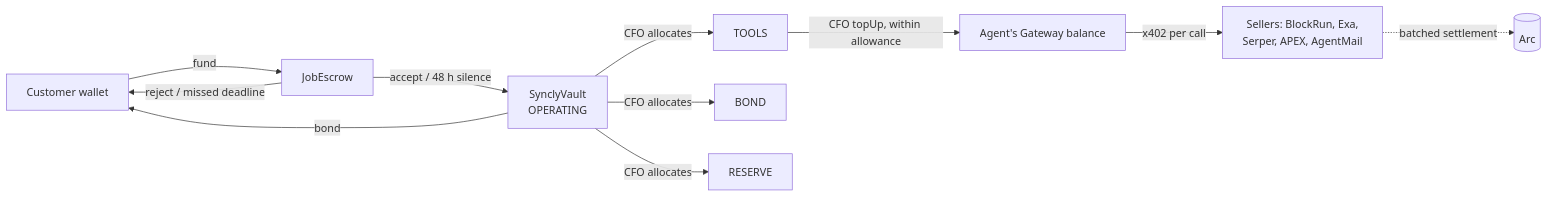
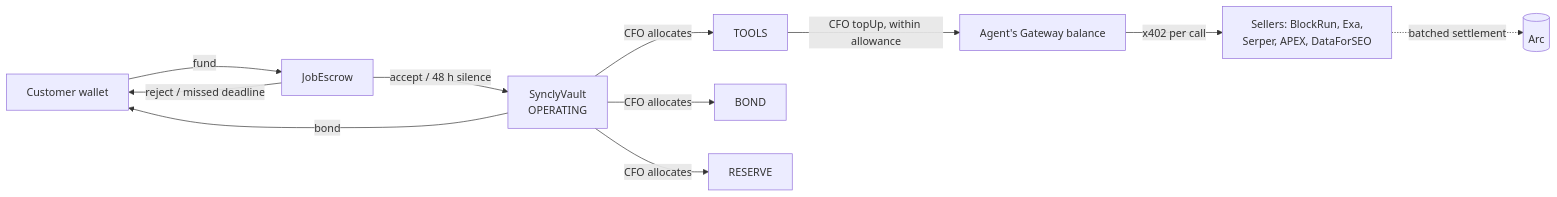
The diagram in README.md (neromtoobad/outlay), drawn with Mermaid before and after one commit. The commit also changed other lines of this file and 7 other files, not shown here.

````diff
--- a/README.md
+++ b/README.md
@@ -72,13 +32,13 @@
 ```mermaid
 flowchart LR
   C[Customer wallet] -- fund --> E[JobEscrow]
   E -- accept / 48 h silence --> V[SynclyVault<br/>OPERATING]
   E -- reject / missed deadline --> C
   V -- bond --> C
   V -- CFO allocates --> T[TOOLS]
   V -- CFO allocates --> B[BOND]
   V -- CFO allocates --> R[RESERVE]
   T -- CFO topUp, within allowance --> G[Agent's Gateway balance]
-  G -- x402 per call --> S[Sellers: BlockRun, Exa,<br/>Serper, APEX, AgentMail]
+  G -- x402 per call --> S[Sellers: BlockRun, Exa,<br/>Serper, APEX, DataForSEO]
   S -. batched settlement .-> A[(Arc)]
 ```
````
